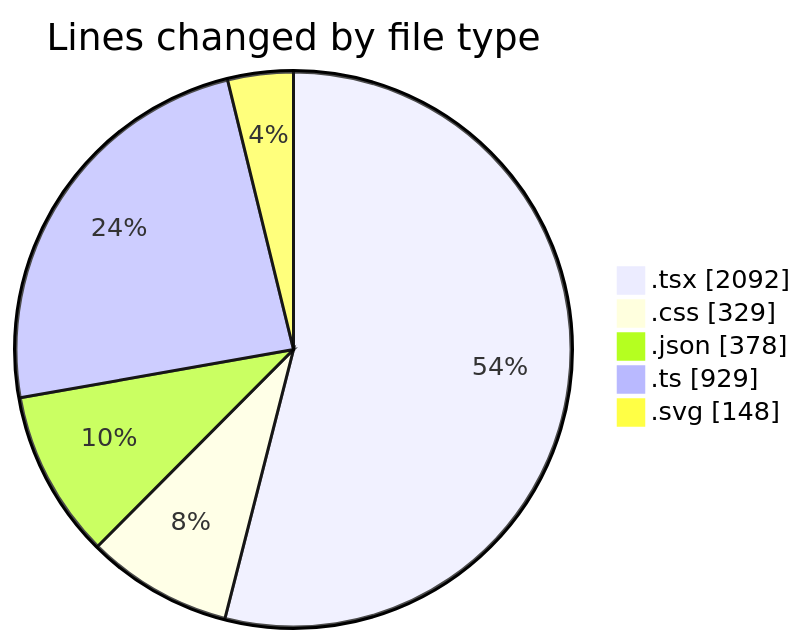
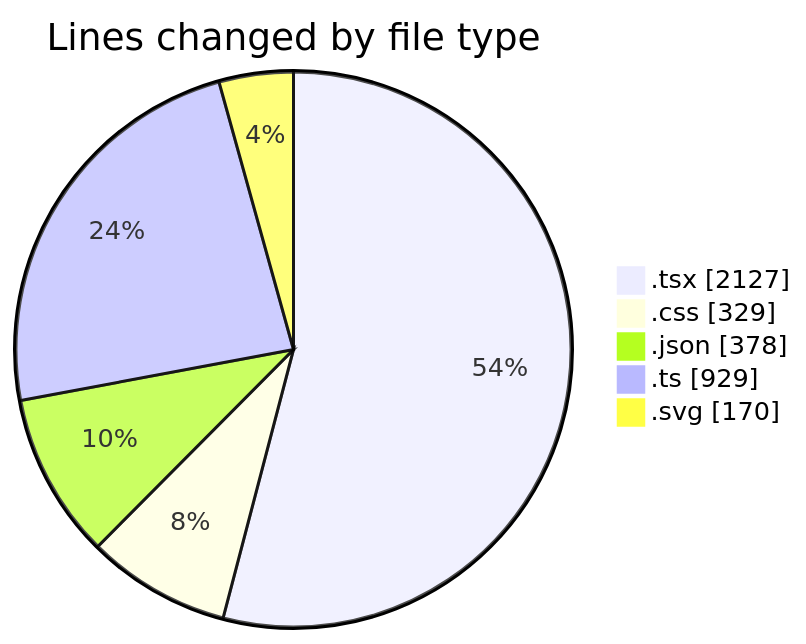
The first of 2 diagrams in 2025-10-10/eventscop-frontend-guide__workspace_/README.md (julien-gomy/code-tracking), drawn with Mermaid before and after one commit. The commit also changed other lines of this file and 1 other file, not shown here.

````diff
--- a/2025-10-10/eventscop-frontend-guide__workspace_/README.md
+++ b/2025-10-10/eventscop-frontend-guide__workspace_/README.md
@@ -37,9 +38,9 @@
 ```mermaid
 pie showData
 title Lines changed by file type
-".tsx" : 2092
+".tsx" : 2127
 ".css" : 329
 ".json" : 378
 ".ts" : 929
-".svg" : 148
+".svg" : 170
 ```
````
